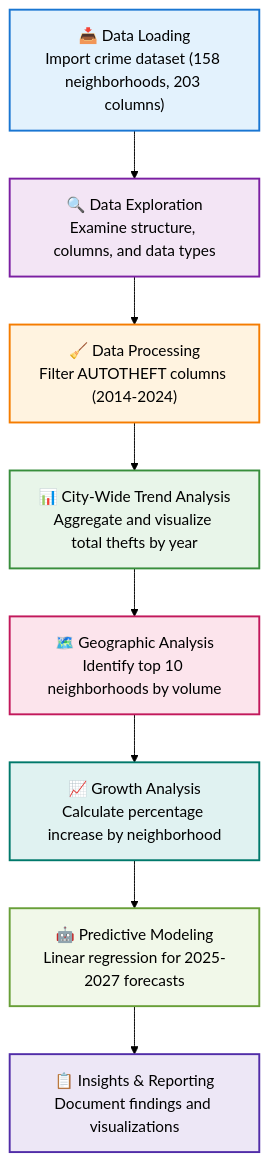
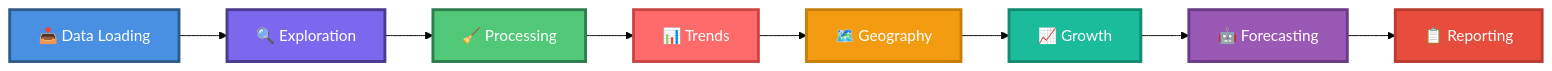
Before and after one commit to prgyakapur/Toronto-Auto-Theft-Analysis: the diagram in README.md, drawn with Mermaid (forest theme). The commit also changed other lines of this file, not shown here.

````diff
--- a/README.md
+++ b/README.md
@@ -140,19 +149,19 @@
 ```mermaid
-graph TD
-    A["📥 Data Loading<br/>Import crime dataset (158 neighborhoods, 203 columns)"] --> B["🔍 Data Exploration<br/>Examine structure, columns, and data types"]
-    B --> C["🧹 Data Processing<br/>Filter AUTOTHEFT columns (2014-2024)"]
-    C --> D["📊 City-Wide Trend Analysis<br/>Aggregate and visualize total thefts by year"]
-    D --> E["🗺️ Geographic Analysis<br/>Identify top 10 neighborhoods by volume"]
-    E --> F["📈 Growth Analysis<br/>Calculate percentage increase by neighborhood"]
-    F --> G["🤖 Predictive Modeling<br/>Linear regression for 2025-2027 forecasts"]
-    G --> H["📋 Insights & Reporting<br/>Document findings and visualizations"]
+graph LR
+    A[📥 Data Loading] --> B[🔍 Exploration]
+    B --> C[🧹 Processing]
+    C --> D[📊 Trends]
+    D --> E[🗺️ Geography]
+    E --> F[📈 Growth]
+    F --> G[🤖 Forecasting]
+    G --> H[📋 Reporting]
     
-    style A fill:#e3f2fd,stroke:#1976d2,stroke-width:2px
-    style B fill:#f3e5f5,stroke:#7b1fa2,stroke-width:2px
-    style C fill:#fff3e0,stroke:#f57c00,stroke-width:2px
-    style D fill:#e8f5e9,stroke:#388e3c,stroke-width:2px
-    style E fill:#fce4ec,stroke:#c2185b,stroke-width:2px
-    style F fill:#e0f2f1,stroke:#00796b,stroke-width:2px
-    style G fill:#f1f8e9,stroke:#689f38,stroke-width:2px
-    style H fill:#ede7f6,stroke:#512da8,stroke-width:2px
+    style A fill:#4A90E2,stroke:#2E5C8A,stroke-width:3px,color:#fff
+    style B fill:#7B68EE,stroke:#4B3A8E,stroke-width:3px,color:#fff
+    style C fill:#50C878,stroke:#2E7D4E,stroke-width:3px,color:#fff
+    style D fill:#FF6B6B,stroke:#CC4444,stroke-width:3px,color:#fff
+    style E fill:#F39C12,stroke:#C87F0A,stroke-width:3px,color:#fff
+    style F fill:#1ABC9C,stroke:#128A6D,stroke-width:3px,color:#fff
+    style G fill:#9B59B6,stroke:#6B3A86,stroke-width:3px,color:#fff
+    style H fill:#E74C3C,stroke:#B93C2F,stroke-width:3px,color:#fff
 ```
````
